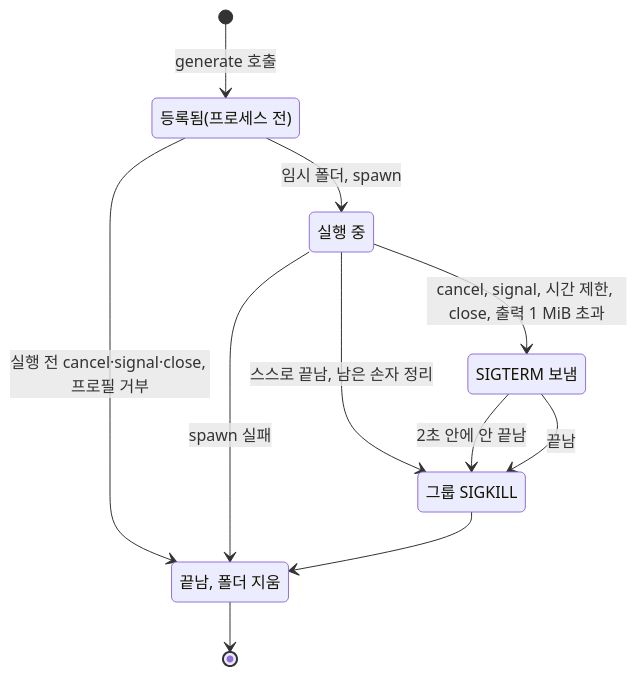
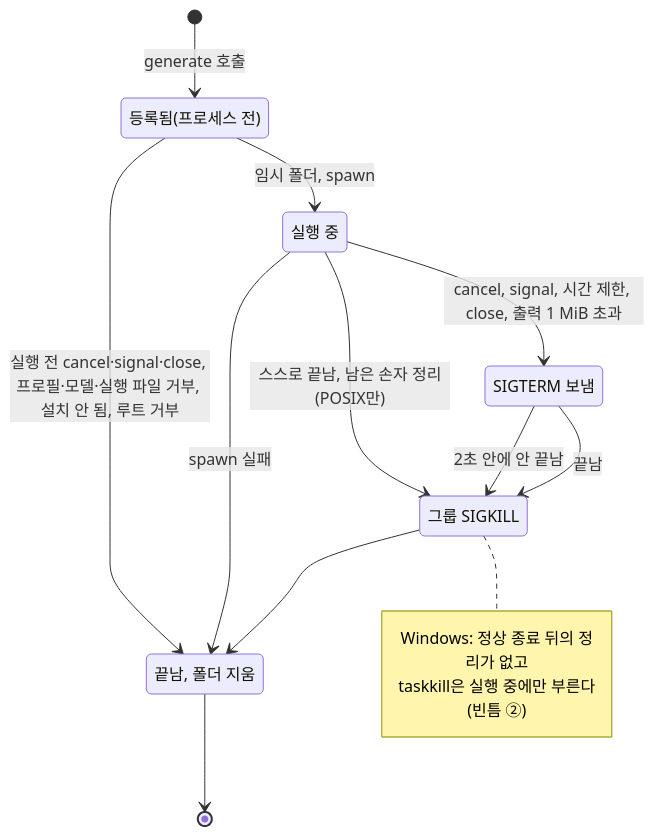
Before and after one commit to nohdol97/PKI: the fifth of 7 diagrams in docs/specs/2026-11-21-V01-vertical-skeleton.md, drawn with Mermaid. The commit also changed other lines of this file and 18 other files, not shown here.

````diff
--- a/docs/specs/2026-11-21-V01-vertical-skeleton.md
+++ b/docs/specs/2026-11-21-V01-vertical-skeleton.md
@@ -331,18 +331,22 @@
    ```mermaid
    stateDiagram-v2
      state "등록됨(프로세스 전)" as Registered
      state "실행 중" as Running
      state "SIGTERM 보냄" as Terminating
      state "그룹 SIGKILL" as Killed
      state "끝남, 폴더 지움" as Done
      [*] --> Registered: generate 호출
-     Registered --> Done: 실행 전 cancel·signal·close, 프로필 거부
+     Registered --> Done: 실행 전 cancel·signal·close, 프로필·모델·실행 파일 거부, 설치 안 됨, 루트 거부
      Registered --> Running: 임시 폴더, spawn
      Running --> Done: spawn 실패
-     Running --> Killed: 스스로 끝남, 남은 손자 정리
+     Running --> Killed: 스스로 끝남, 남은 손자 정리(POSIX만)
      Running --> Terminating: cancel, signal, 시간 제한, close, 출력 1 MiB 초과
      Terminating --> Killed: 2초 안에 안 끝남
      Terminating --> Killed: 끝남
      Killed --> Done
      Done --> [*]
+     note right of Killed
+       Windows: 정상 종료 뒤의 정리가 없고
+       taskkill은 실행 중에만 부른다(빈틈 ②)
+     end note
    ```
````
